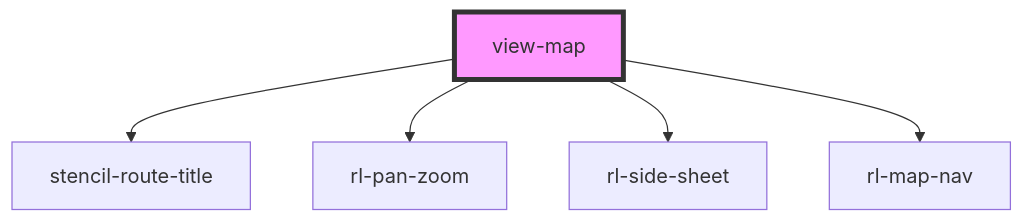
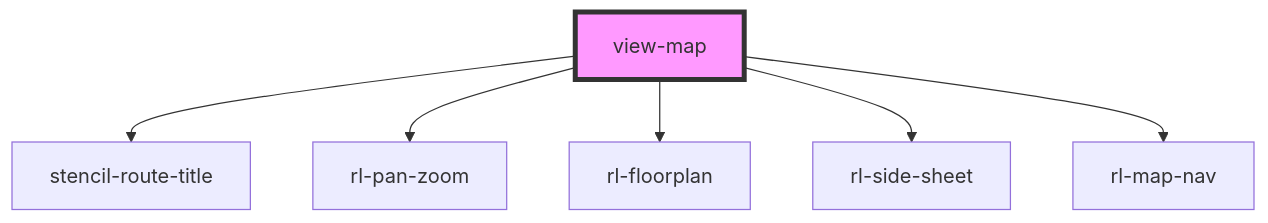
The diagram in src/views/view-map/readme.md (torontomulibrary/building-info-system), drawn with Mermaid before and after one commit. The commit also changed other lines of this file and 1 other file, not shown here.

Commit message:
docs: more auto-generated documents

````diff
--- a/src/views/view-map/readme.md
+++ b/src/views/view-map/readme.md
@@ -34,8 +35,9 @@
 ```mermaid
 graph TD;
   view-map --> stencil-route-title
   view-map --> rl-pan-zoom
+  view-map --> rl-floorplan
   view-map --> rl-side-sheet
   view-map --> rl-map-nav
   style view-map fill:#f9f,stroke:#333,stroke-width:4px
 ```
````
